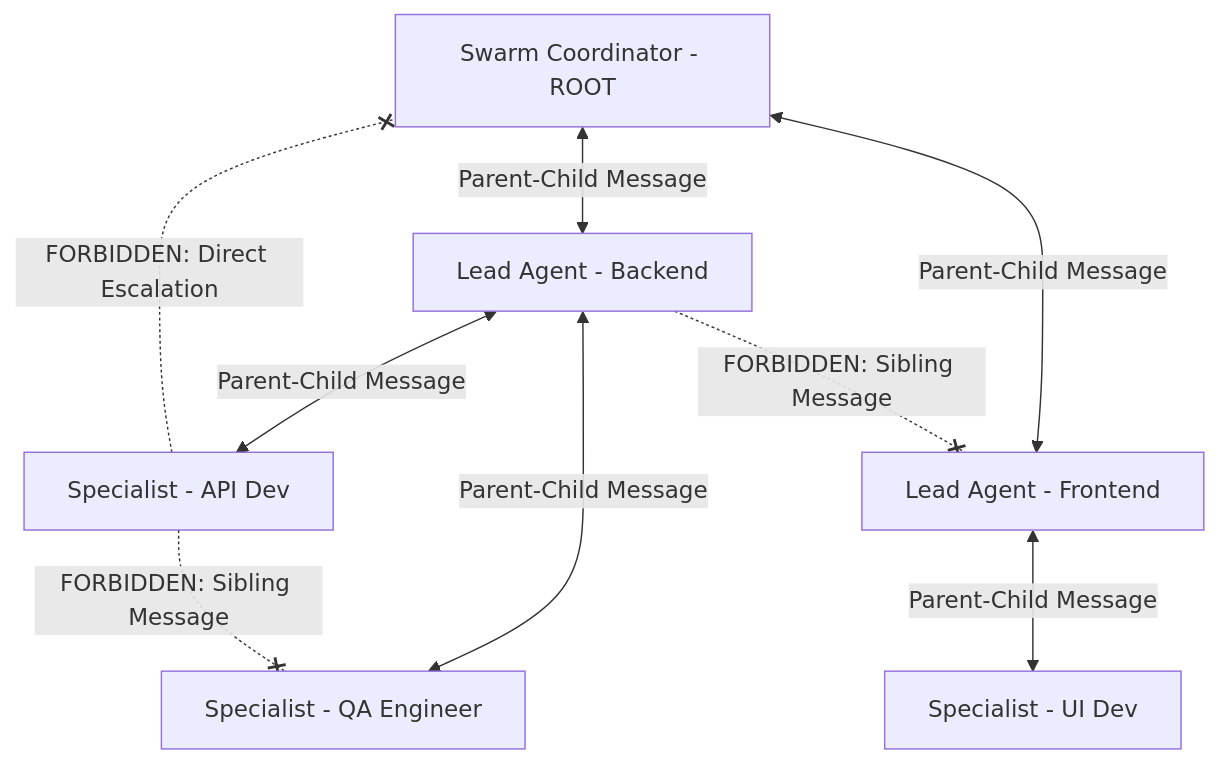
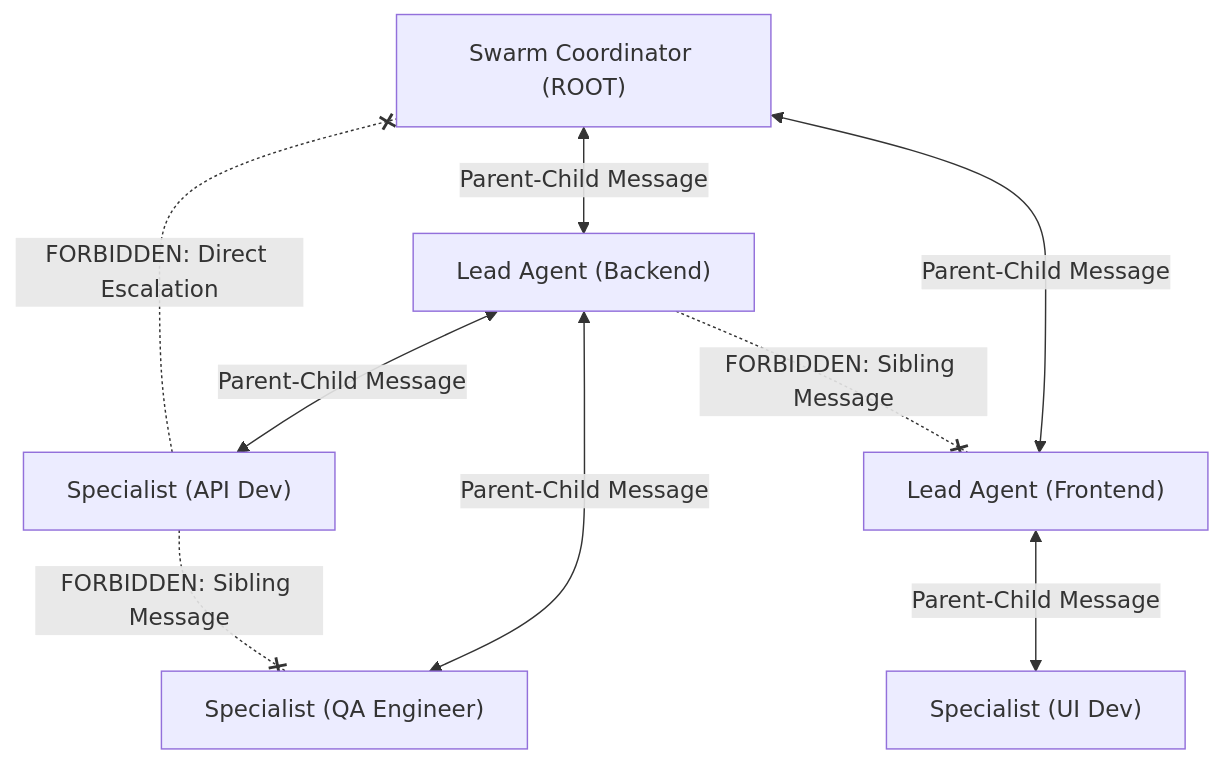
Before and after one commit to danicat/skills: the second of 2 diagrams in agents/swarm-coding/SKILL.md, drawn with Mermaid. The commit also changed other lines of this file and 5 other files, not shown here.

Commit message:
feat(swarm-coding): streamline swarm orchestration, agent definitions, and progressive references

````diff
--- a/agents/swarm-coding/SKILL.md
+++ b/agents/swarm-coding/SKILL.md
@@ -97,12 +148,12 @@
 ```mermaid
 graph TD
-    ROOT[Swarm Coordinator - ROOT] <-->|Parent-Child Message| LEAD1[Lead Agent - Backend]
-    ROOT <-->|Parent-Child Message| LEAD2[Lead Agent - Frontend]
-    LEAD1 <-->|Parent-Child Message| SPEC1[Specialist - API Dev]
-    LEAD1 <-->|Parent-Child Message| SPEC2[Specialist - QA Engineer]
-    LEAD2 <-->|Parent-Child Message| SPEC3[Specialist - UI Dev]
+    ROOT["Swarm Coordinator (ROOT)"] <-->|Parent-Child Message| LEAD1["Lead Agent (Backend)"]
+    ROOT <-->|Parent-Child Message| LEAD2["Lead Agent (Frontend)"]
+    LEAD1 <-->|Parent-Child Message| SPEC1["Specialist (API Dev)"]
+    LEAD1 <-->|Parent-Child Message| SPEC2["Specialist (QA Engineer)"]
+    LEAD2 <-->|Parent-Child Message| SPEC3["Specialist (UI Dev)"]
 
     LEAD1 -.-x|FORBIDDEN: Sibling Message| LEAD2
     SPEC1 -.-x|FORBIDDEN: Sibling Message| SPEC2
     SPEC1 -.-x|FORBIDDEN: Direct Escalation| ROOT
 ```
````
